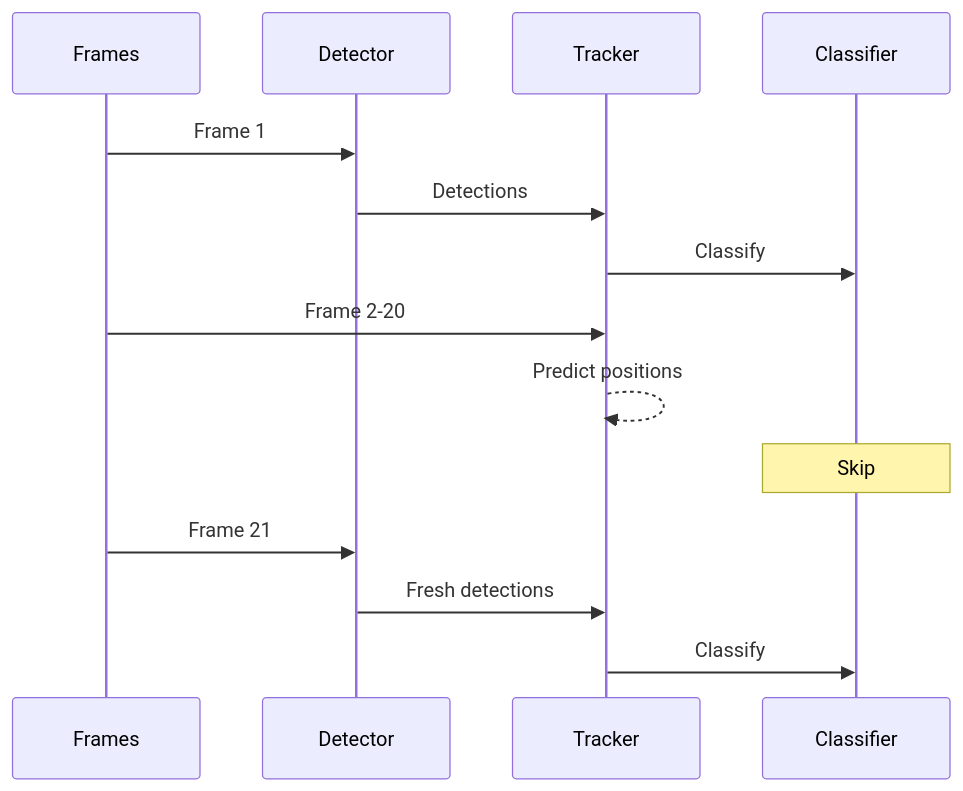
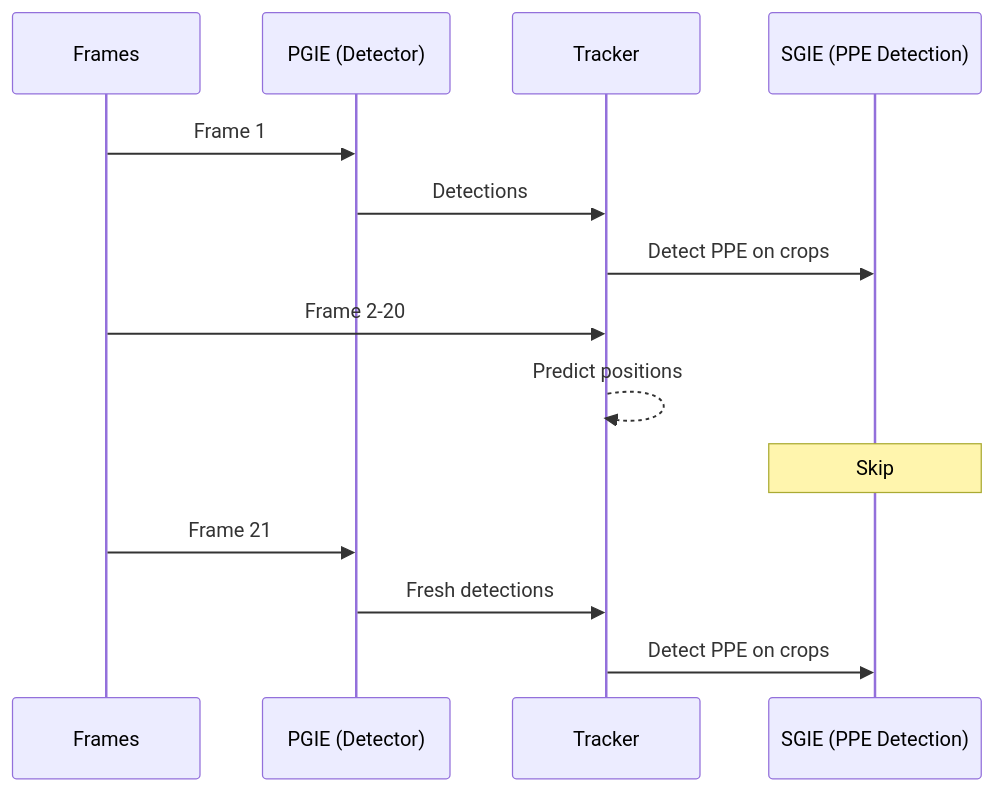
One commit to PulkitMishra/PulkitMishra.github.io changed the fifth of 12 diagrams in content/blog/teaching-machines-to-notice.md. Above: the diagram before and after it, drawn with Mermaid. The commit also changed other lines of this file, not shown here.

````diff
--- a/content/blog/teaching-machines-to-notice.md
+++ b/content/blog/teaching-machines-to-notice.md
@@ -196,19 +258,19 @@
 ```mermaid
 sequenceDiagram
     participant F as Frames
-    participant D as Detector
+    participant D as PGIE (Detector)
     participant T as Tracker
-    participant S as Classifier
+    participant S as SGIE (PPE Detection)
     
     F->>D: Frame 1
     D->>T: Detections
-    T->>S: Classify
+    T->>S: Detect PPE on crops
     
     F->>T: Frame 2-20
     T-->>T: Predict positions
     Note over S: Skip
     
     F->>D: Frame 21
     D->>T: Fresh detections
-    T->>S: Classify
+    T->>S: Detect PPE on crops
 ```
````
